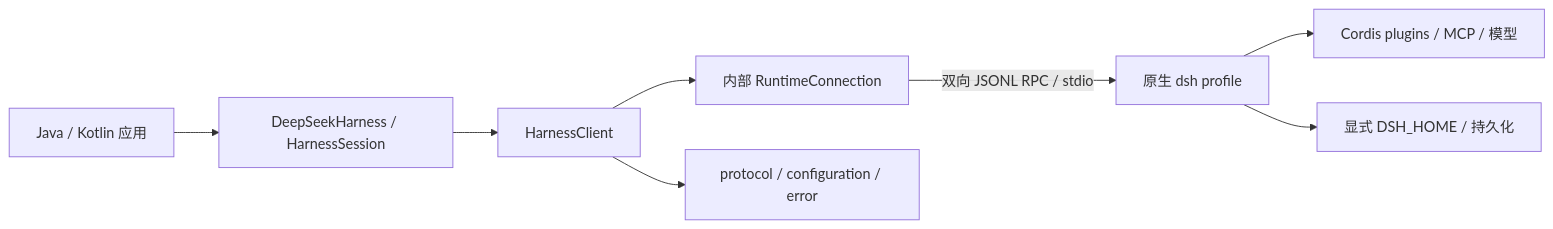
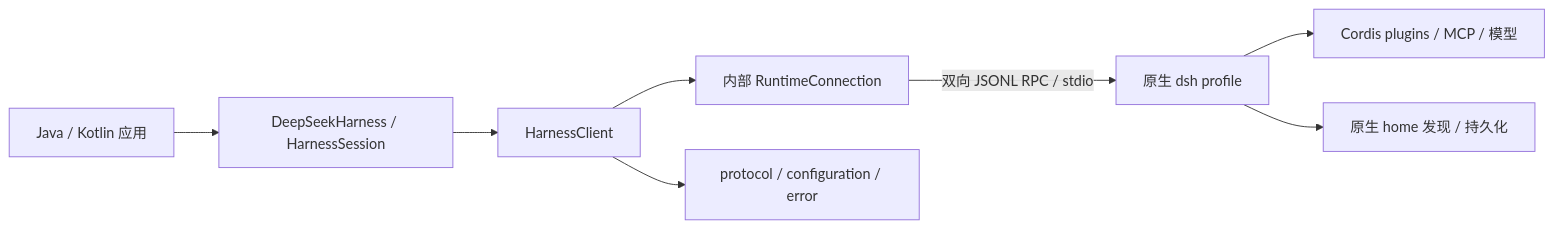
The diagram in docs/sdk.md (elonzh/dshjk), drawn with Mermaid before and after one commit. The commit also changed other lines of this file and 10 other files, not shown here.

````diff
--- a/docs/sdk.md
+++ b/docs/sdk.md
@@ -7,10 +7,10 @@
 ```mermaid
 flowchart LR
   Application[Java / Kotlin 应用] --> Session[DeepSeekHarness / HarnessSession]
   Session --> Client[HarnessClient]
   Client --> Transport[内部 RuntimeConnection]
   Transport -->|双向 JSONL RPC / stdio| Runtime[原生 dsh profile]
   Runtime --> Plugins[Cordis plugins / MCP / 模型]
-  Runtime --> Home[显式 DSH_HOME / 持久化]
+  Runtime --> Home[原生 home 发现 / 持久化]
   Client --> Protocol[protocol / configuration / error]
 ```
````
